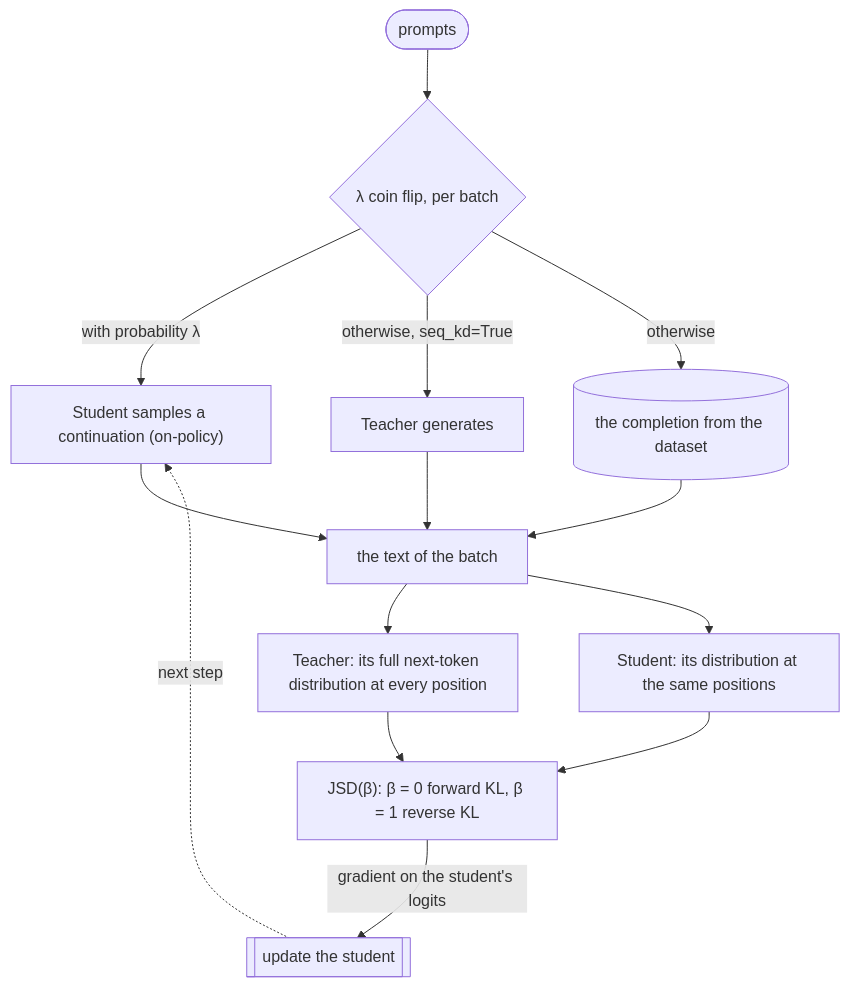
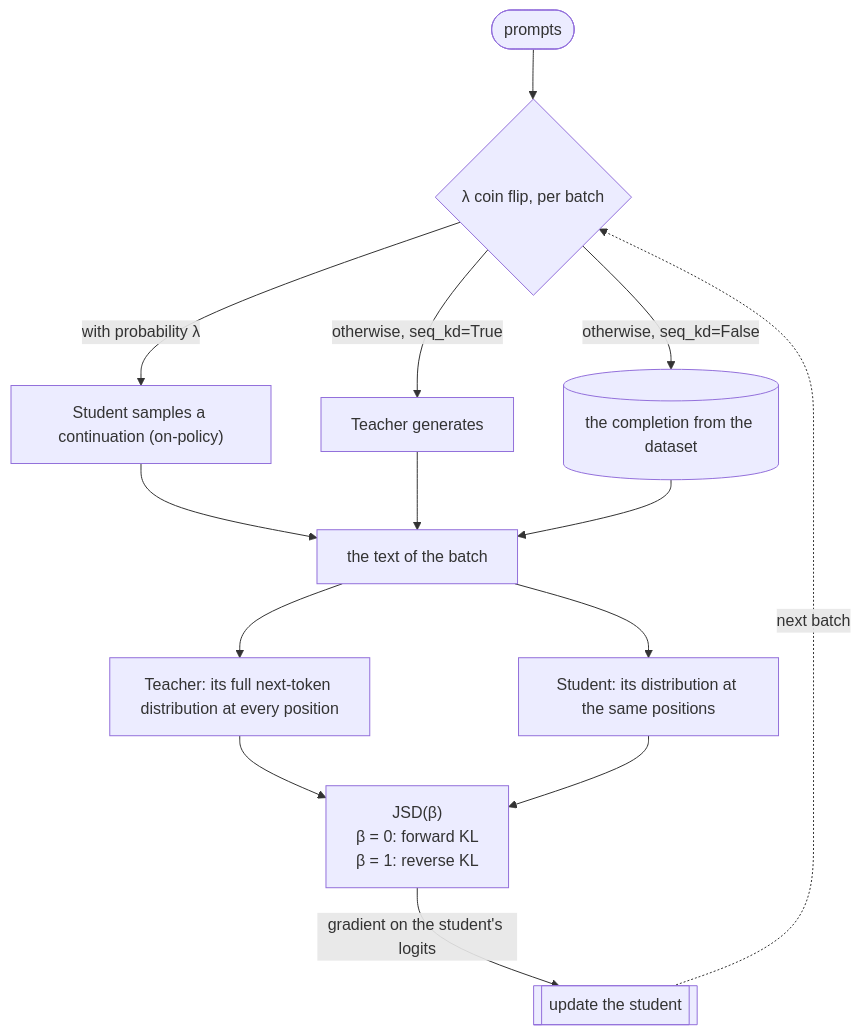
The first of 2 diagrams in 00-foundations/distillation/PRIMER.md (aniryou/full-stack-agentic-engineer), drawn with Mermaid before and after one commit. The commit also changed other lines of this file and 39 other files, not shown here.

````diff
--- a/00-foundations/distillation/PRIMER.md
+++ b/00-foundations/distillation/PRIMER.md
@@ -359,16 +359,16 @@
 ```mermaid
 flowchart TB
   P([prompts]) --> C{"λ coin flip, per batch"}
   C -->|"with probability λ"| S["Student samples a continuation (on-policy)"]
   C -->|"otherwise, seq_kd=True"| T["Teacher generates"]
-  C -->|"otherwise"| D[("the completion from the dataset")]
+  C -->|"otherwise, seq_kd=False"| D[("the completion from the dataset")]
   S --> X["the text of the batch"]
   T --> X
   D --> X
   X --> TS["Teacher: its full next-token distribution at every position"]
   X --> SS["Student: its distribution at the same positions"]
-  TS --> J["JSD(β): β = 0 forward KL, β = 1 reverse KL"]
+  TS --> J["JSD(β)<br/>β = 0: forward KL<br/>β = 1: reverse KL"]
   SS --> J
   J -->|"gradient on the student's logits"| U[["update the student"]]
-  U -.->|"next step"| S
+  U -.->|"next batch"| C
 ```
````
